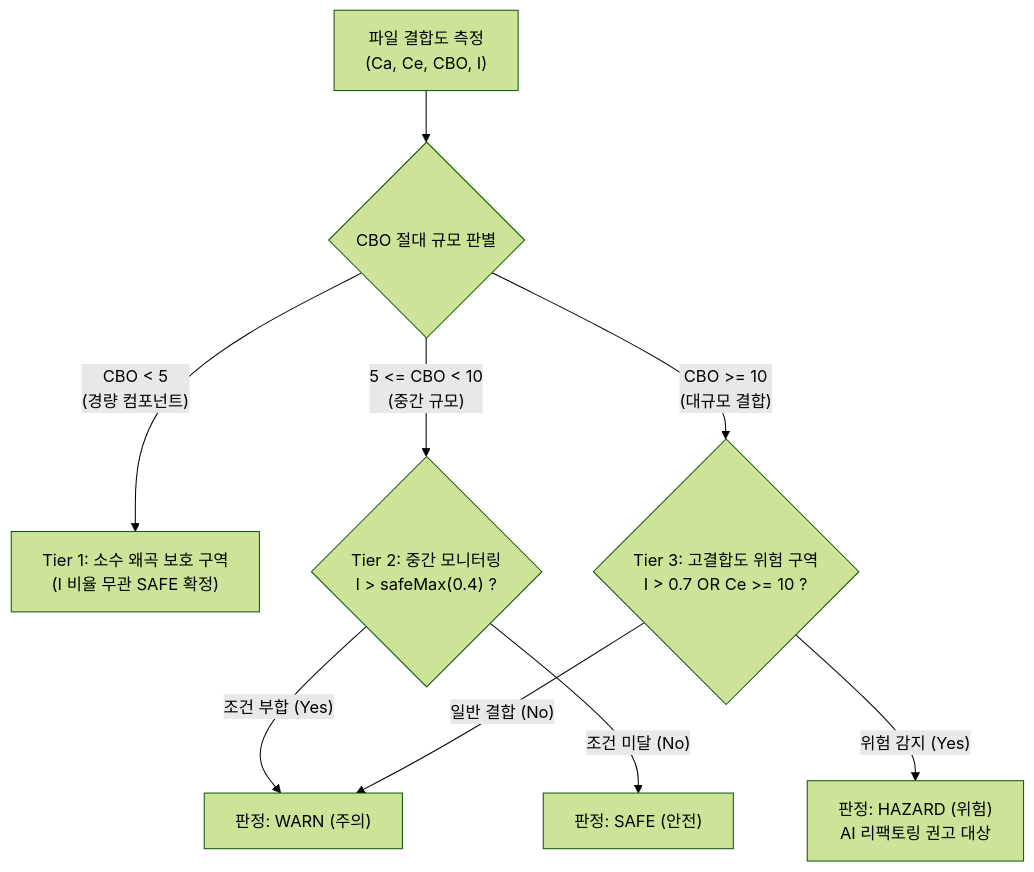
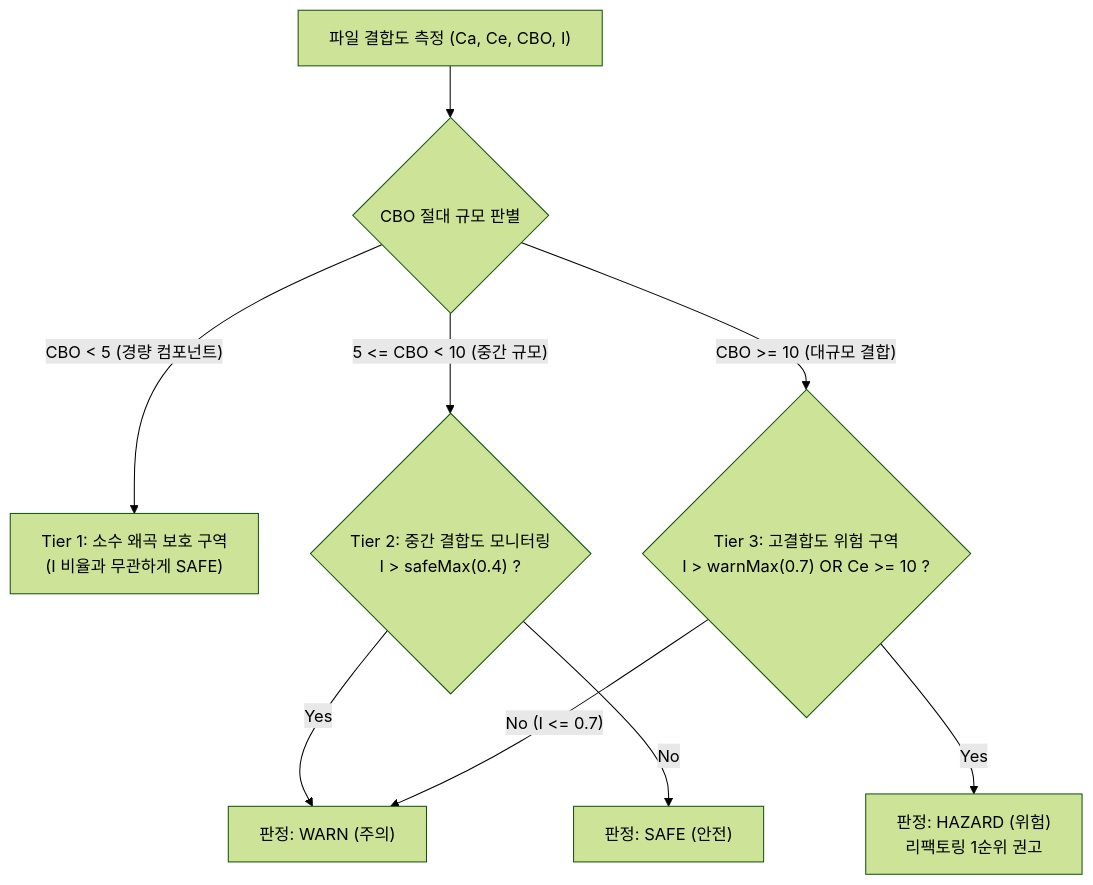
Before and after one commit to Jiin5906/CodeDiagram: the diagram in docs/metrics-spec.md, drawn with Mermaid (forest theme). The commit also changed 3 other files, not shown here.

Commit message:
fix(docs): Mermaid flowchart wrappingWidth 설정으로 한글 자동 줄바꿈 슬라이싱 해결

````diff
--- a/docs/metrics-spec.md
+++ b/docs/metrics-spec.md
@@ -25,14 +25,15 @@
 ```mermaid
+%%{init: {'flowchart': {'wrappingWidth': 600}}}%%
 flowchart TD
-    Start["파일 결합도 측정<br/>(Ca, Ce, CBO, I)"] --> CheckCBO{"CBO 절대 규모 판별"}
+    Start["파일 결합도 측정 (Ca, Ce, CBO, I)"] --> CheckCBO{"CBO 절대 규모 판별"}
     
-    CheckCBO -- "CBO < 5<br/>(경량 컴포넌트)" --> Tier1["Tier 1: 소수 왜곡 보호 구역<br/>(I 비율 무관 SAFE 확정)"]
-    CheckCBO -- "5 <= CBO < 10<br/>(중간 규모)" --> Tier2{"Tier 2: 중간 모니터링<br/>I > safeMax(0.4) ?"}
-    CheckCBO -- "CBO >= 10<br/>(대규모 결합)" --> Tier3{"Tier 3: 고결합도 위험 구역<br/>I > 0.7 OR Ce >= 10 ?"}
+    CheckCBO -- "CBO < 5 (경량 컴포넌트)" --> Tier1["Tier 1: 소수 왜곡 보호 구역<br/>(I 비율과 무관하게 SAFE)"]
+    CheckCBO -- "5 <= CBO < 10 (중간 규모)" --> Tier2{"Tier 2: 중간 결합도 모니터링<br/>I > safeMax(0.4) ?"}
+    CheckCBO -- "CBO >= 10 (대규모 결합)" --> Tier3{"Tier 3: 고결합도 위험 구역<br/>I > warnMax(0.7) OR Ce >= 10 ?"}
 
-    Tier2 -- "조건 부합 (Yes)" --> StatusWarn["판정: WARN (주의)"]
-    Tier2 -- "조건 미달 (No)" --> StatusSafe["판정: SAFE (안전)"]
+    Tier2 -- "Yes" --> StatusWarn["판정: WARN (주의)"]
+    Tier2 -- "No" --> StatusSafe["판정: SAFE (안전)"]
 
-    Tier3 -- "위험 감지 (Yes)" --> StatusHazard["판정: HAZARD (위험)<br/>AI 리팩토링 권고 대상"]
-    Tier3 -- "일반 결합 (No)" --> StatusWarn
+    Tier3 -- "Yes" --> StatusHazard["판정: HAZARD (위험)<br/>리팩토링 1순위 권고"]
+    Tier3 -- "No (I <= 0.7)" --> StatusWarn
 ```
````
